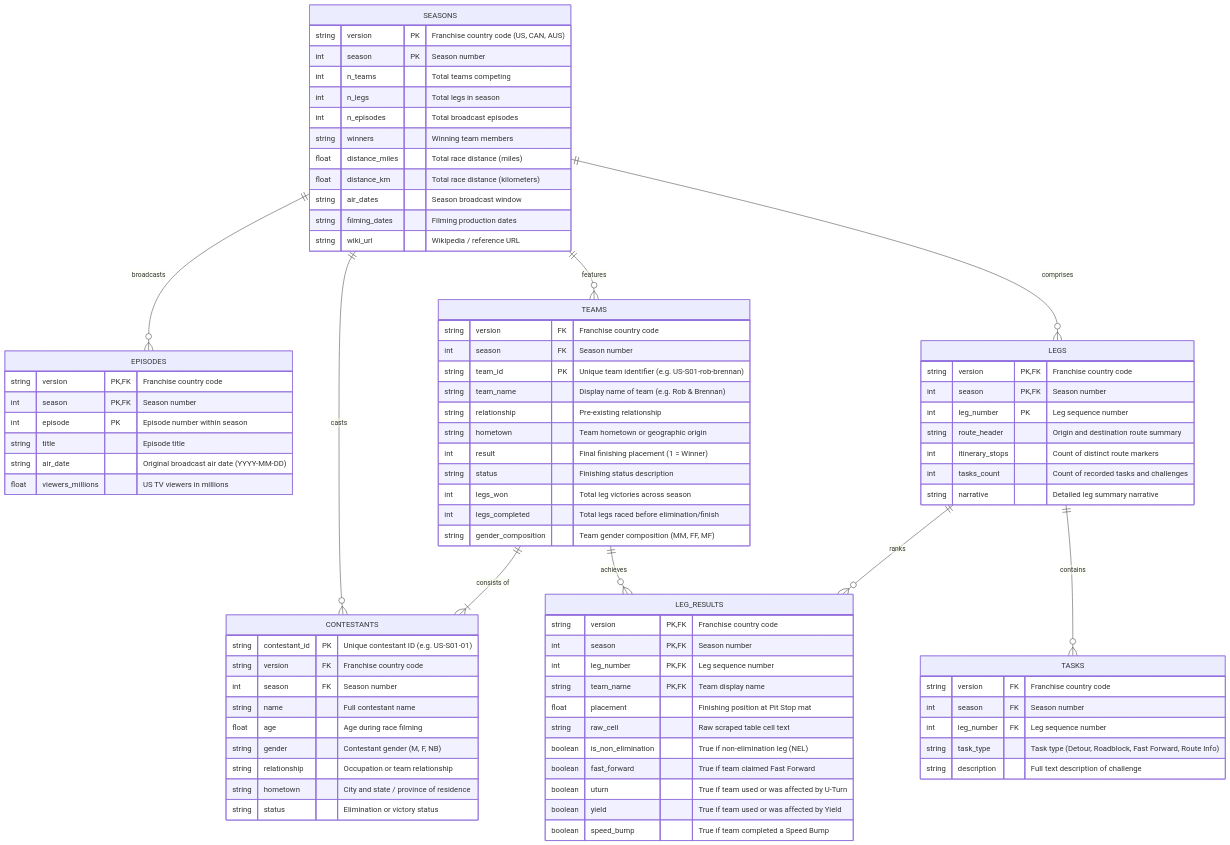
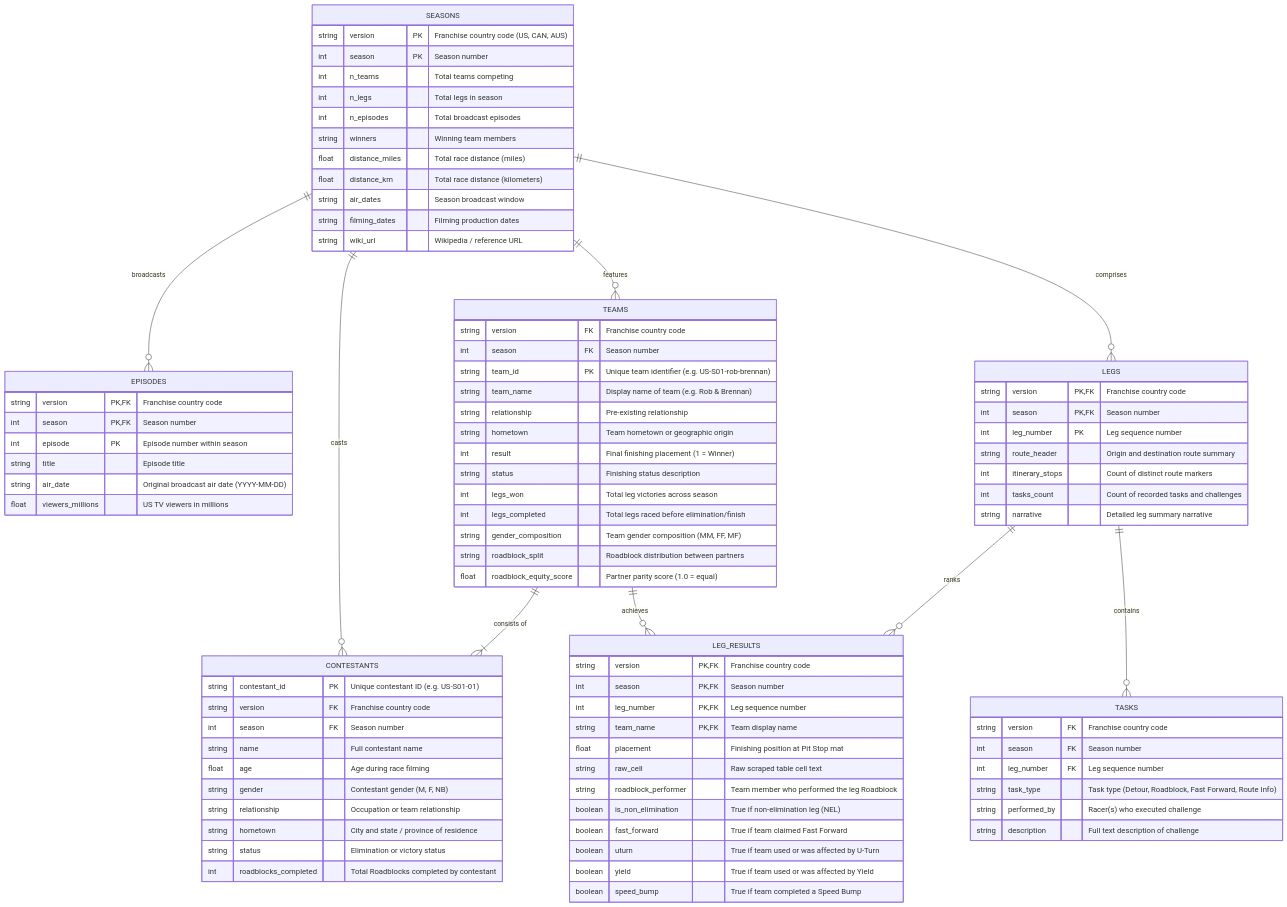
The diagram in docs/data_dictionary.md (nicholaswilde/the-amazing-race), drawn with Mermaid before and after one commit. The commit also changed other lines of this file and 35 other files, not shown here.

````diff
--- a/docs/data_dictionary.md
+++ b/docs/data_dictionary.md
@@ -54,6 +54,8 @@
         int legs_won "Total leg victories across season"
         int legs_completed "Total legs raced before elimination/finish"
         string gender_composition "Team gender composition (MM, FF, MF)"
+        string roadblock_split "Roadblock distribution between partners"
+        float roadblock_equity_score "Partner parity score (1.0 = equal)"
     }
 
     CONTESTANTS {
@@ -66,6 +68,7 @@
         string relationship "Occupation or team relationship"
         string hometown "City and state / province of residence"
         string status "Elimination or victory status"
+        int roadblocks_completed "Total Roadblocks completed by contestant"
     }
 
     LEGS {
@@ -85,6 +88,7 @@
         string team_name PK, FK "Team display name"
         float placement "Finishing position at Pit Stop mat"
         string raw_cell "Raw scraped table cell text"
+        string roadblock_performer "Team member who performed the leg Roadblock"
         boolean is_non_elimination "True if non-elimination leg (NEL)"
         boolean fast_forward "True if team claimed Fast Forward"
         boolean uturn "True if team used or was affected by U-Turn"
@@ -97,6 +101,7 @@
         int season FK "Season number"
         int leg_number FK "Leg sequence number"
         string task_type "Task type (Detour, Roadblock, Fast Forward, Route Info)"
+        string performed_by "Racer(s) who executed challenge"
         string description "Full text description of challenge"
     }
 ```
````
